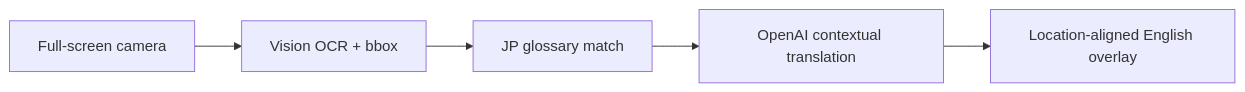
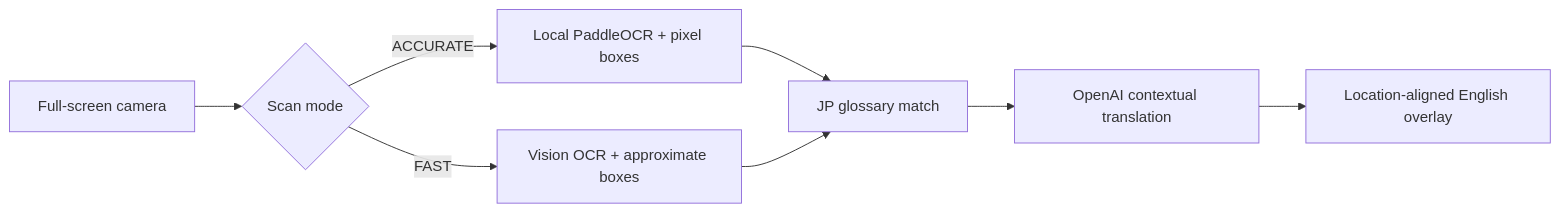
Before and after one commit to aoiminamoto/manufacturing-industrial-ai-tool-lab: the diagram in projects/real-time-plc-translation-lens/README.md, drawn with Mermaid. The commit also changed other lines of this file and 9 other files, not shown here.

Commit message:
Add local pixel-coordinate OCR to PLC Lens

````diff
--- a/projects/real-time-plc-translation-lens/README.md
+++ b/projects/real-time-plc-translation-lens/README.md
@@ -20,7 +21,10 @@
 ```mermaid
 flowchart LR
-    A["Full-screen camera"] --> B["Vision OCR + bbox"]
-    B --> C["JP glossary match"]
-    C --> D["OpenAI contextual translation"]
-    D --> E["Location-aligned English overlay"]
+    A["Full-screen camera"] --> B{"Scan mode"}
+    B -->|"ACCURATE"| C["Local PaddleOCR + pixel boxes"]
+    B -->|"FAST"| D["Vision OCR + approximate boxes"]
+    C --> E["JP glossary match"]
+    D --> E
+    E --> F["OpenAI contextual translation"]
+    F --> G["Location-aligned English overlay"]
 ```
````
